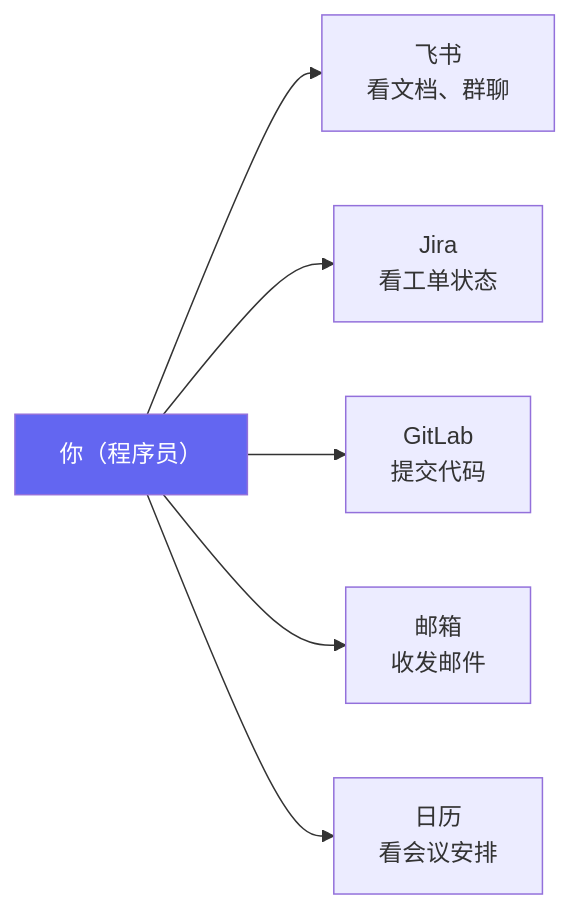
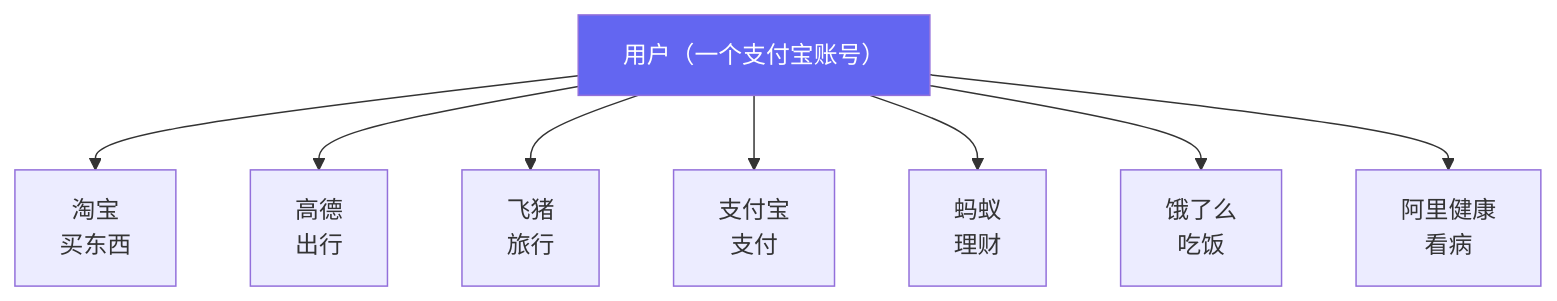
One commit to Trashwbin/quill changed the second of 8 diagrams in content/zh/posts/visual-vs-api-permission.md. Above: the diagram before and after it, drawn with Mermaid. The commit also changed other lines of this file and 5 other files, not shown here.

````diff
--- a/content/zh/posts/visual-vs-api-permission.md
+++ b/content/zh/posts/visual-vs-api-permission.md
@@ -48,12 +38,14 @@
 ```mermaid
-graph LR
-    You["你（程序员）"]
+graph TB
+    User["用户（一个支付宝账号）"]
     
-    You --> Feishu["飞书<br/>看文档、群聊"]
-    You --> Jira_app["Jira<br/>看工单状态"]
-    You --> Git["GitLab<br/>提交代码"]
-    You --> Email["邮箱<br/>收发邮件"]
-    You --> Cal["日历<br/>看会议安排"]
+    User --> TB["淘宝<br/>买东西"]
+    User --> GD["高德<br/>出行"]
+    User --> FZ["飞猪<br/>旅行"]
+    User --> ZFB["支付宝<br/>支付"]
+    User --> MF["蚂蚁<br/>理财"]
+    User --> ELM["饿了么<br/>吃饭"]
+    User --> Health["阿里健康<br/>看病"]
     
-    style You fill:#6366f1,color:#fff
+    style User fill:#6366f1,color:#fff
 ```
````
